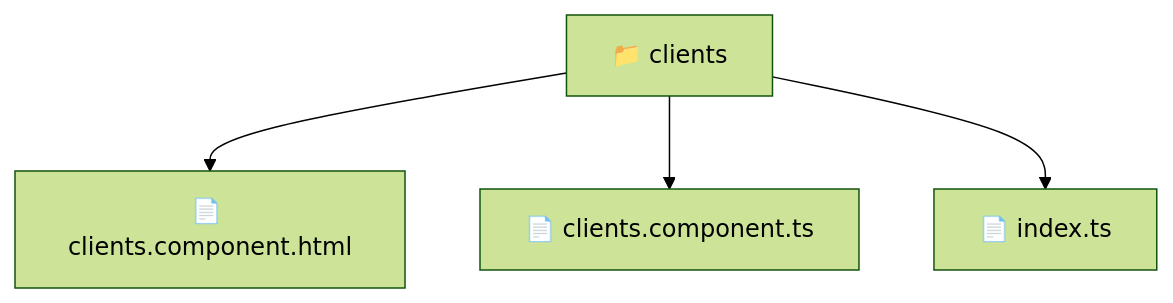
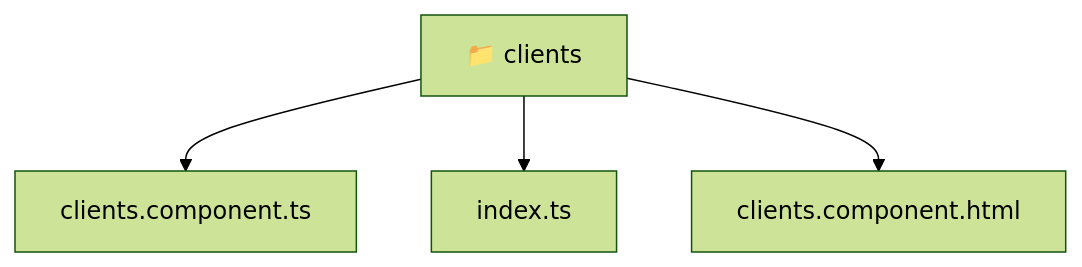
One commit to beginwebdev2002/fullstack-mavluda changed the diagram in frontend/src/pages/clients/README.md. Above: the diagram before and after it, drawn with Mermaid (forest theme). The commit also changed other lines of this file and 167 other files, not shown here.

````diff
--- a/frontend/src/pages/clients/README.md
+++ b/frontend/src/pages/clients/README.md
@@ -11,7 +11,10 @@
 ```mermaid
 graph TD
-  Root["📁 clients"]
-  Root --> clients_component_html["📄 clients.component.html"]
-  Root --> clients_component_ts["📄 clients.component.ts"]
-  Root --> index_ts["📄 index.ts"]
+  Root_clients["📁 clients"]
+  f_clients_component_ts["clients.component.ts"]
+  Root_clients --> f_clients_component_ts
+  f_index_ts["index.ts"]
+  Root_clients --> f_index_ts
+  f_clients_component_html["clients.component.html"]
+  Root_clients --> f_clients_component_html
 ```
````
